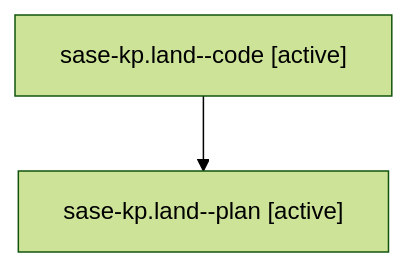
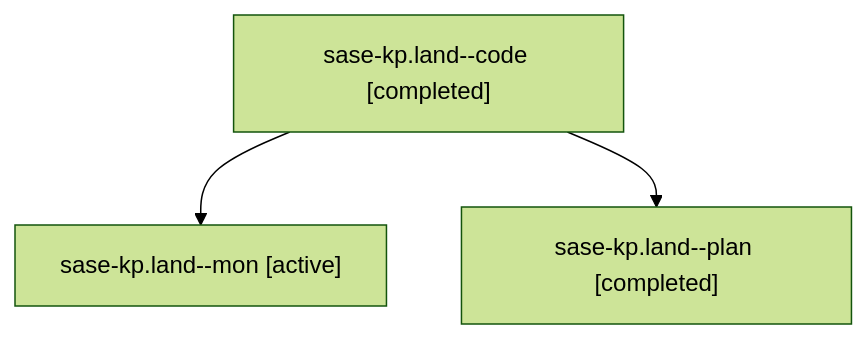
Before and after one commit to sase-org/sase--agents: the diagram in families/bbugyi200.athena.sase-kp.land.md, drawn with Mermaid (forest theme). The commit also changed other lines of this file and 113 other files, not shown here.

````diff
--- a/families/bbugyi200.athena.sase-kp.land.md
+++ b/families/bbugyi200.athena.sase-kp.land.md
@@ -9,6 +9,8 @@
 ```mermaid
 flowchart TD
-  n0["sase-kp.land--code [active]"]
-  n1["sase-kp.land--plan [active]"]
+  n0["sase-kp.land--code [completed]"]
+  n1["sase-kp.land--mon [active]"]
   n0 --> n1
+  n2["sase-kp.land--plan [completed]"]
+  n0 --> n2
 ```
````
